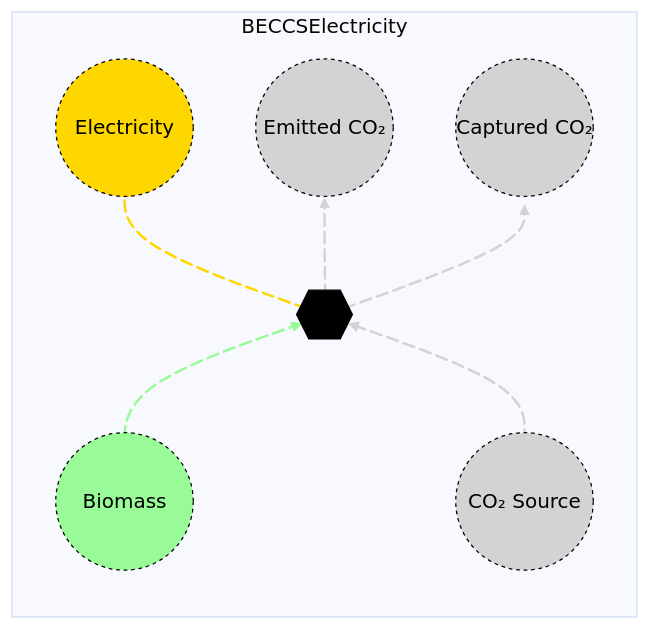
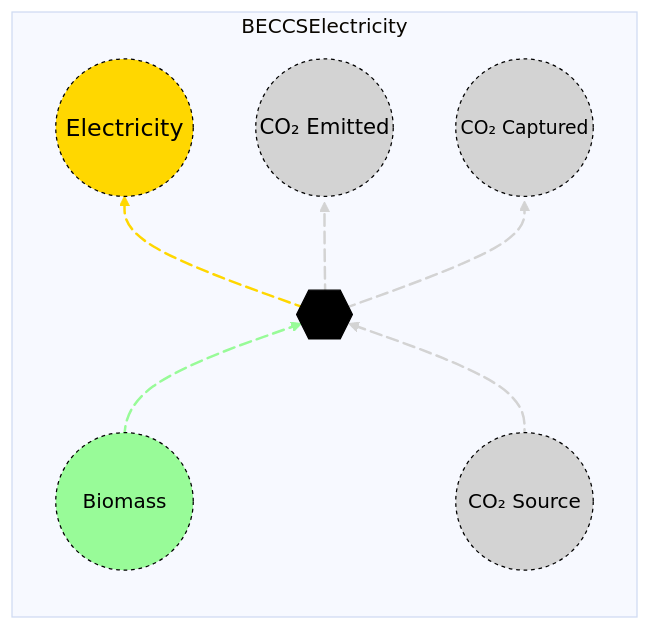
The diagram in docs/src/Manual/assets/beccselectricity.md (openmod-tracker/MacroEnergy.jl), drawn with Mermaid before and after one commit. The commit also changed 12 other files, not shown here.

Commit message:
Fix Mermaid diagram rendering issues in asset library

````diff
--- a/docs/src/Manual/assets/beccselectricity.md
+++ b/docs/src/Manual/assets/beccselectricity.md
@@ -24,27 +24,27 @@
 ```mermaid
 %%{init: {'theme': 'base', 'themeVariables': { 'background': '#D1EBDE' }}}%%
 flowchart LR
   subgraph BECCSElectricity
   direction BT
     B((Biomass)) e1@--> A{{..}}
     C((CO₂ Source)) e2@--> A
     A e5@--> D((Electricity))
-    A e3@--> E((Emitted CO₂))
-    A e4@--> F((Captured CO₂))
+    A e3@--> E((CO₂ Emitted))
+    A e4@--> F((CO₂ Captured))
     e1@{ animate: true }
     e2@{ animate: true }
     e3@{ animate: true }
     e4@{ animate: true }
     e5@{ animate: true }
  end
     style A fill:black,stroke:black,color:black;
     style B r:55px,fill:palegreen,stroke:black,color:black, stroke-dasharray: 3,5;
     style C r:55px,fill:lightgray,stroke:black,color:black, stroke-dasharray: 3,5;
-    style D r:55px,fill:#FFD700,stroke:black,color:black, stroke-dasharray: 3,5;
-    style E r:55px,fill:lightgray,stroke:black,color:black, stroke-dasharray: 3,5;
-    style F r:55px,fill:lightgray,stroke:black,color:black, stroke-dasharray: 3,5;
+    style D font-size:19px,r:55px,fill:#FFD700,stroke:black,color:black, stroke-dasharray: 3,5;
+    style E font-size:17px,r:55px,fill:lightgray,stroke:black,color:black, stroke-dasharray: 3,5;
+    style F font-size:15px,r:55px,fill:lightgray,stroke:black,color:black, stroke-dasharray: 3,5;
 
     linkStyle 0 stroke:palegreen, stroke-width: 2px;
     linkStyle 1,3,4 stroke:lightgray, stroke-width: 2px;
     linkStyle 2 stroke:#FFD700, stroke-width: 2px;
 ```
````
